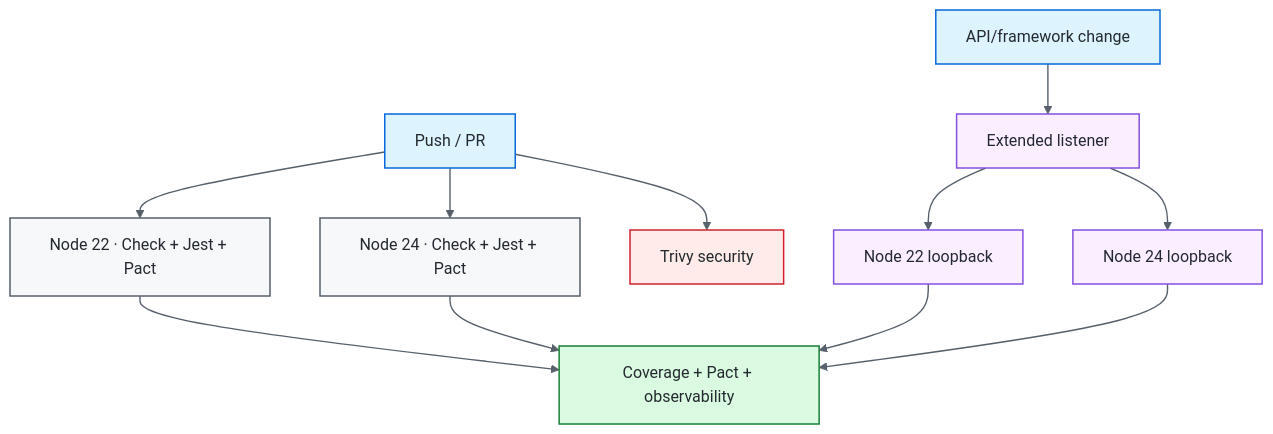
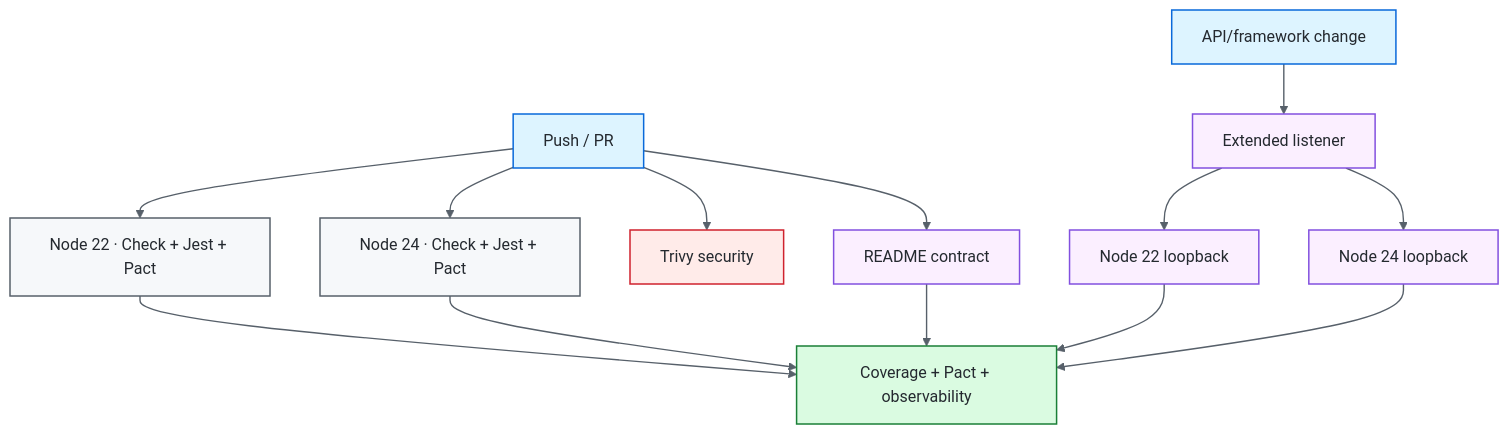
Before and after one commit to portyu9/qa-automation-node-supertest: the third of 3 diagrams in README.md, drawn with Mermaid. The commit also changed other lines of this file and 2 other files, not shown here.

````diff
--- a/README.md
+++ b/README.md
@@ -264,25 +292,27 @@
 ```mermaid
 flowchart TD
     PR[Push / PR] --> N22[Node 22 · Check + Jest + Pact]
     PR --> N24[Node 24 · Check + Jest + Pact]
     PR --> SEC[Trivy security]
+    PR --> DOCS[README contract]
     APICHANGE[API/framework change] --> EXT[Extended listener]
     EXT --> L22[Node 22 loopback]
     EXT --> L24[Node 24 loopback]
     N22 --> EV[Coverage + Pact + observability]
     N24 --> EV
     L22 --> EV
     L24 --> EV
+    DOCS --> EV
 
     classDef entry fill:#ddf4ff,stroke:#0969da,color:#24292f,stroke-width:1.5px;
     classDef core fill:#f6f8fa,stroke:#57606a,color:#24292f,stroke-width:1.5px;
     classDef gate fill:#fbefff,stroke:#8250df,color:#24292f,stroke-width:1.5px;
     classDef evidence fill:#dafbe1,stroke:#1a7f37,color:#24292f,stroke-width:1.5px;
     classDef security fill:#ffebe9,stroke:#cf222e,color:#24292f,stroke-width:1.5px;
     class PR,APICHANGE entry;
     class N22,N24 core;
-    class EXT,L22,L24 gate;
+    class EXT,L22,L24,DOCS gate;
     class SEC security;
     class EV evidence;
     linkStyle default stroke:#57606a,stroke-width:1.4px;
 ```
````
